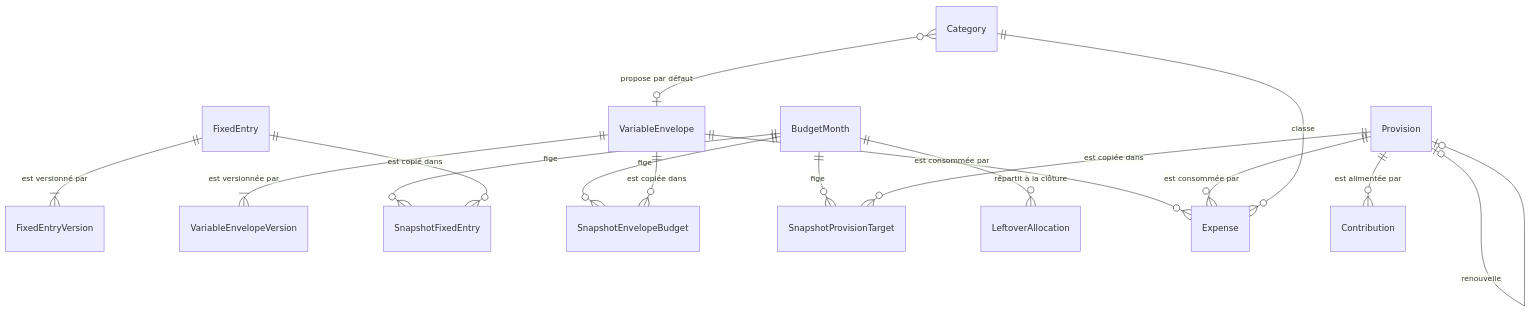
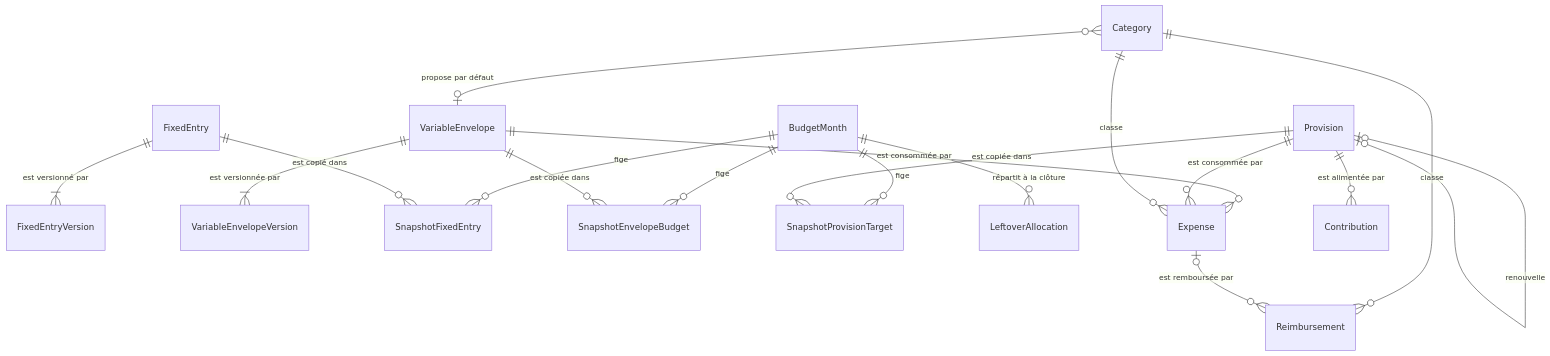
One commit to NollieChtn6/budget-planner changed the diagram in docs/domain/model.md. Above: the diagram before and after it, drawn with Mermaid. The commit also changed other lines of this file and 4 other files, not shown here.

````diff
--- a/docs/domain/model.md
+++ b/docs/domain/model.md
@@ -84,18 +88,20 @@
 ```mermaid
 erDiagram
     FixedEntry ||--|{ FixedEntryVersion : "est versionné par"
     VariableEnvelope ||--|{ VariableEnvelopeVersion : "est versionnée par"
     BudgetMonth ||--o{ SnapshotFixedEntry : fige
     BudgetMonth ||--o{ SnapshotEnvelopeBudget : fige
     BudgetMonth ||--o{ SnapshotProvisionTarget : fige
     FixedEntry ||--o{ SnapshotFixedEntry : "est copié dans"
     VariableEnvelope ||--o{ SnapshotEnvelopeBudget : "est copiée dans"
     Provision ||--o{ SnapshotProvisionTarget : "est copiée dans"
     BudgetMonth ||--o{ LeftoverAllocation : "répartit à la clôture"
     VariableEnvelope ||--o{ Expense : "est consommée par"
     Provision ||--o{ Expense : "est consommée par"
     Provision ||--o{ Contribution : "est alimentée par"
     Category ||--o{ Expense : classe
+    Category ||--o{ Reimbursement : classe
+    Expense |o--o{ Reimbursement : "est remboursée par"
     Category }o--o| VariableEnvelope : "propose par défaut"
     Provision |o--o| Provision : renouvelle
 ```
````
